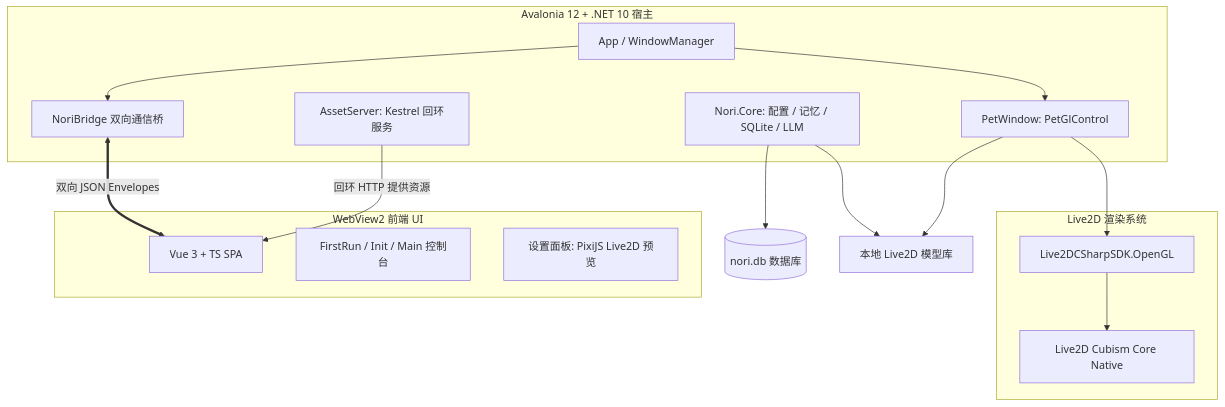
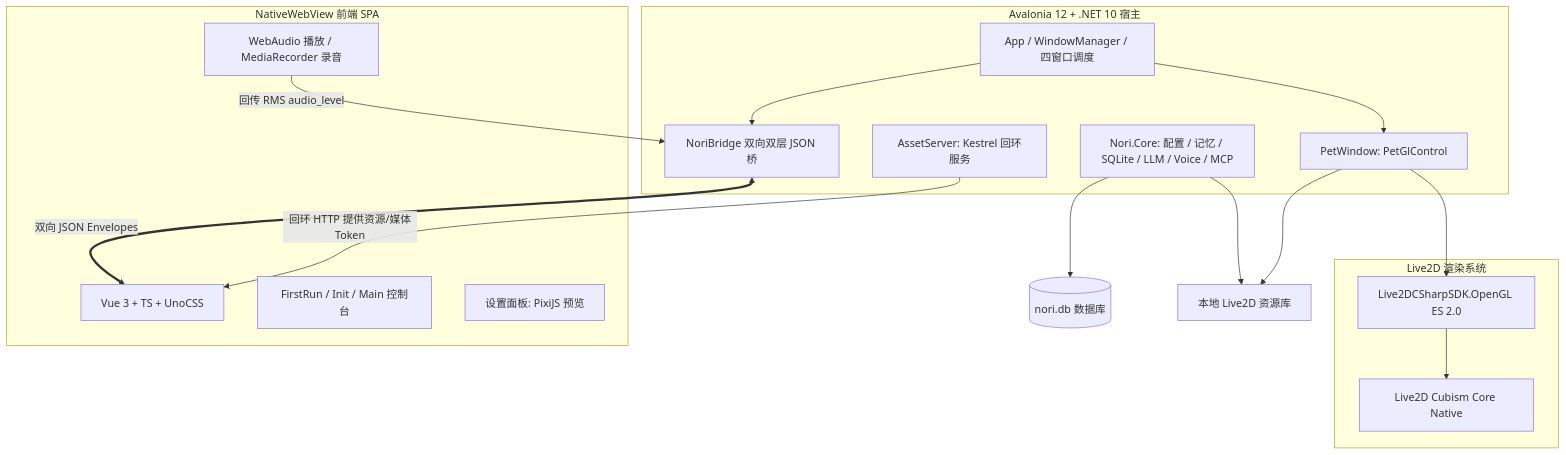
One commit to MF-Dust/Nori-Desktop-Pet changed the diagram in README.md. Above: the diagram before and after it, drawn with Mermaid. The commit also changed other lines of this file and 1 other file, not shown here.

````diff
--- a/README.md
+++ b/README.md
@@ -47,31 +96,33 @@
 ```mermaid
 flowchart TD
     subgraph Host[Avalonia 12 + .NET 10 宿主]
-        app[App / WindowManager]
+        app[App / WindowManager / 四窗口调度]
         petWin[PetWindow: PetGlControl]
-        bridge[NoriBridge 双向通信桥]
+        bridge[NoriBridge 双向双层 JSON 桥]
         kestrel[AssetServer: Kestrel 回环服务]
-        core[Nori.Core: 配置 / 记忆 / SQLite / LLM]
+        core[Nori.Core: 配置 / 记忆 / SQLite / LLM / Voice / MCP]
     end
 
     subgraph Live2DCore[Live2D 渲染系统]
         cubism[Live2D Cubism Core Native]
-        sdk[Live2DCSharpSDK.OpenGL]
+        sdk[Live2DCSharpSDK.OpenGL ES 2.0]
     end
 
-    subgraph Frontend[WebView2 前端 UI]
-        vue[Vue 3 + TS SPA]
+    subgraph Frontend[NativeWebView 前端 SPA]
+        vue[Vue 3 + TS + UnoCSS]
         views[FirstRun / Init / Main 控制台]
-        preview[设置面板: PixiJS Live2D 预览]
+        preview[设置面板: PixiJS 预览]
+        audioHost[WebAudio 播放 / MediaRecorder 录音]
     end
 
     app --> petWin
     app --> bridge
     petWin --> sdk
     sdk --> cubism
     bridge <== 双向 JSON Envelopes ==> vue
-    kestrel -- 回环 HTTP 提供资源 --> vue
+    kestrel -- 回环 HTTP 提供资源/媒体Token --> vue
     core --> SQLite[(nori.db 数据库)]
-    core --> models[本地 Live2D 模型库]
+    core --> models[本地 Live2D 资源库]
     petWin --> models
+    audioHost -- 回传 RMS audio_level --> bridge
 ```
````
